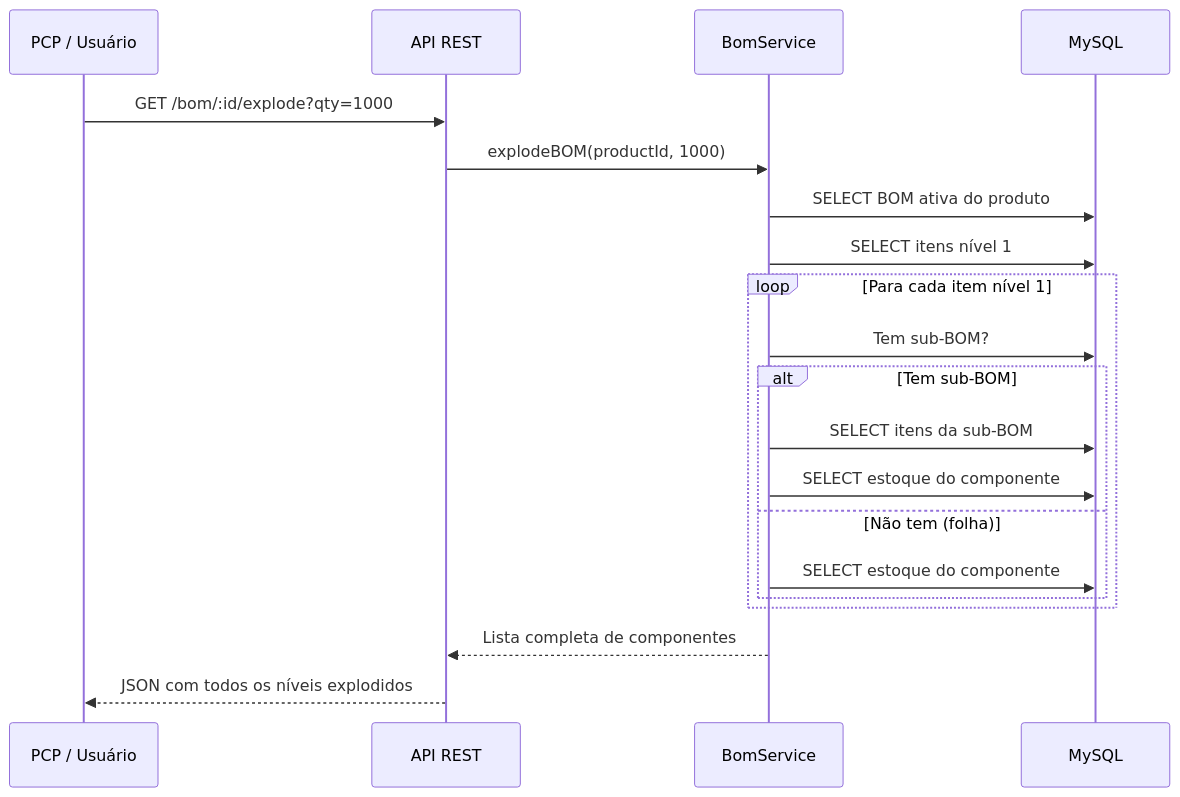
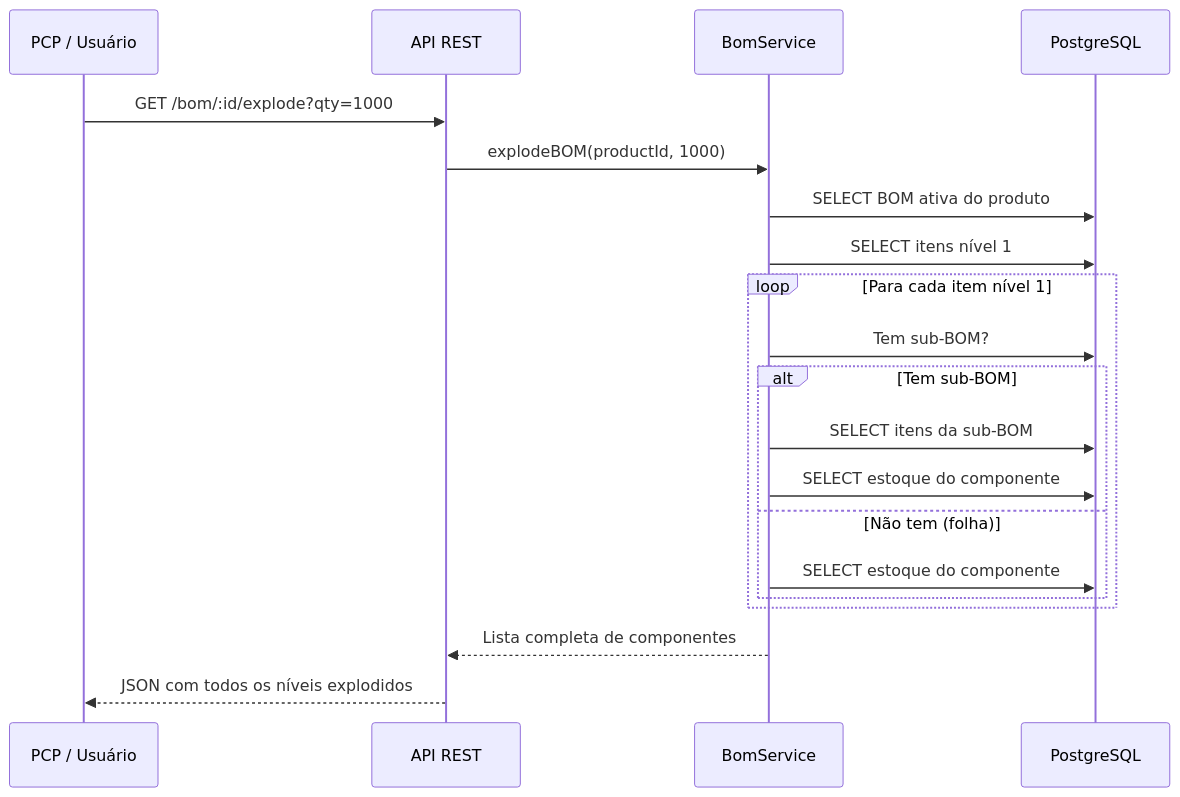
The third of 4 diagrams in docs/producao/06-BOM.md (RomulosouzaEvok/ERP-EVOK-AUDIO-LTDA), drawn with Mermaid before and after one commit. The commit also changed other lines of this file and 452 other files, not shown here.

Commit message:
chore: consolidate TypeScript backend and Blackbox roadmap

````diff
--- a/docs/producao/06-BOM.md
+++ b/docs/producao/06-BOM.md
@@ -355,23 +355,23 @@
 ```mermaid
 sequenceDiagram
     participant PCP as PCP / Usuário
     participant API as API REST
     participant BOM as BomService
-    participant DB as MySQL
+    participant DB as PostgreSQL
 
     PCP->>API: GET /bom/:id/explode?qty=1000
     API->>BOM: explodeBOM(productId, 1000)
     BOM->>DB: SELECT BOM ativa do produto
     BOM->>DB: SELECT itens nível 1
     loop Para cada item nível 1
         BOM->>DB: Tem sub-BOM?
         alt Tem sub-BOM
             BOM->>DB: SELECT itens da sub-BOM
             BOM->>DB: SELECT estoque do componente
         else Não tem (folha)
             BOM->>DB: SELECT estoque do componente
         end
     end
     BOM-->>API: Lista completa de componentes
     API-->>PCP: JSON com todos os níveis explodidos
 ```
````
